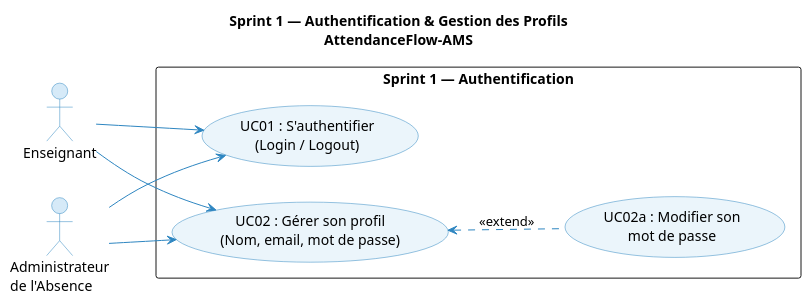
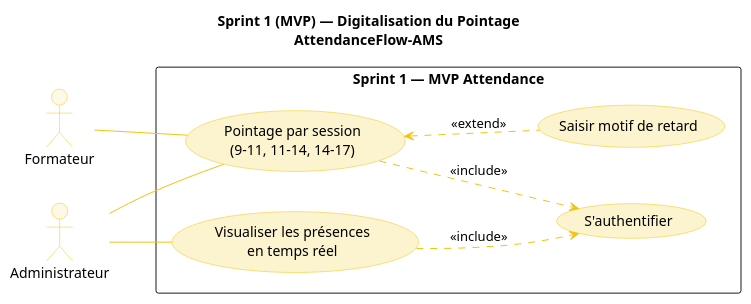
The diagram in Analyse/cas_utilisation/cas_utilisation_sprints/sprint1.puml (abdelhaymallouli/AttendanceFlow-AMS), drawn with PlantUML before and after one commit. The commit also changed 16 other files, not shown here.

Commit message:
docs: Add initial project analysis documentation, including global and sprint-specific use case diagrams, Design Thinking ideation, and functional branch details.

```diff
--- a/Analyse/cas_utilisation/cas_utilisation_sprints/sprint1.puml
+++ b/Analyse/cas_utilisation/cas_utilisation_sprints/sprint1.puml
@@ -1,36 +1,34 @@
 @startuml sprint1
-title Sprint 1 — Authentification & Gestion des Profils\nAttendanceFlow-AMS
+title Sprint 1 (MVP) — Digitalisation du Pointage\nAttendanceFlow-AMS
 
 left to right direction
 
 skinparam usecase {
-  BackgroundColor #EBF5FB
-  BorderColor #2E86C1
-  ArrowColor #2E86C1
+  BackgroundColor #FCF3CF
+  BorderColor #F1C40F
+  ArrowColor #F1C40F
 }
 skinparam actor {
-  BorderColor #2E86C1
-  BackgroundColor #D6EAF8
+  BorderColor #F1C40F
+  BackgroundColor #FEF9E7
 }
-skinparam packageStyle rectangle
 
-actor "Enseignant" as T
-actor "Administrateur\nde l'Absence" as A
+actor "Formateur" as Trainer
+actor "Administrateur" as Admin
 
-rectangle "Sprint 1 — Authentification" {
+rectangle "Sprint 1 — MVP Attendance" {
+  usecase "S'authentifier" as UC01
+  usecase "Pointage par session\n(9-11, 11-14, 14-17)" as UC02
+  usecase "Saisir motif de retard" as UC02a
+  usecase "Visualiser les présences\nen temps réel" as UC03
 
-  usecase "UC01 : S'authentifier\n(Login / Logout)" as UC01
-  usecase "UC02 : Gérer son profil\n(Nom, email, mot de passe)" as UC02
-  usecase "UC02a : Modifier son\nmot de passe" as UC02a
-
+  UC02 ..> UC01 : <<include>>
+  UC03 ..> UC01 : <<include>>
   UC02 <.. UC02a : <<extend>>
 }
 
-T --> UC01
-T --> UC02
-
-A --> UC01
-A --> UC02
-
+Trainer -- UC02
+Admin -- UC02
+Admin -- UC03
 
 @enduml
```
